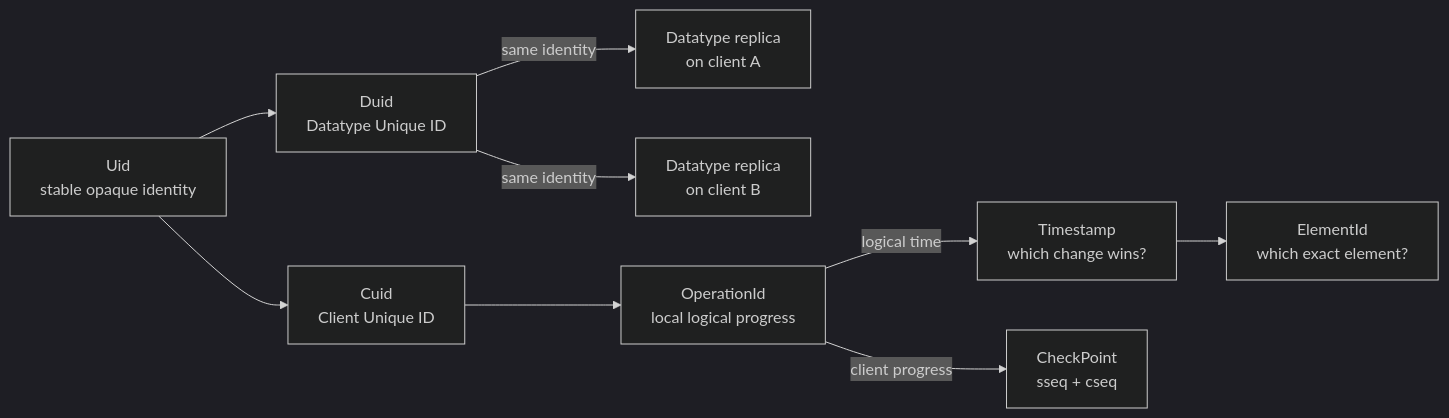
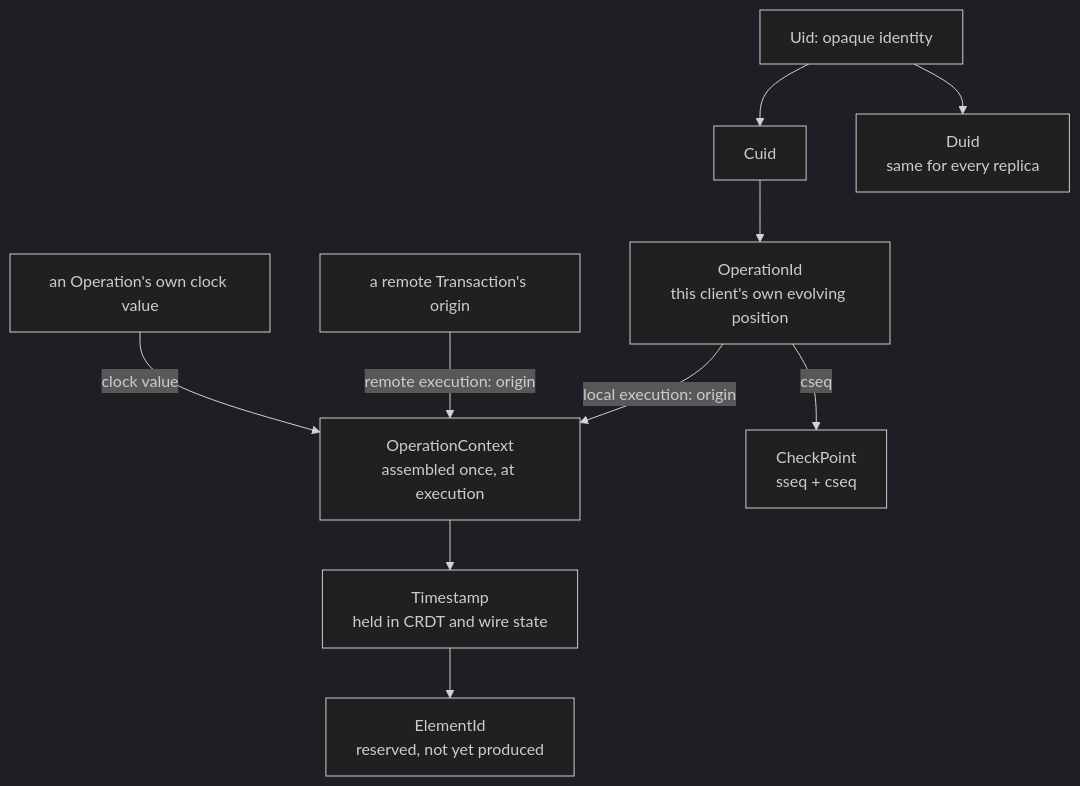
Before and after one commit to qortoo/qortoo-rs: the diagram in docs/core-types.md, drawn with Mermaid (dark theme). The commit also changed other lines of this file and 14 other files, not shown here.

````diff
--- a/docs/core-types.md
+++ b/docs/core-types.md
@@ -12,21 +26,23 @@
 ```mermaid
-flowchart LR
-    UID["Uid<br/>stable opaque identity"]
-    CUID["Cuid<br/>Client Unique ID"]
-    DUID["Duid<br/>Datatype Unique ID"]
-    RA["Datatype replica<br/>on client A"]
-    RB["Datatype replica<br/>on client B"]
-    OID["OperationId<br/>local logical progress"]
-    TS["Timestamp<br/>which change wins?"]
-    EID["ElementId<br/>which exact element?"]
+flowchart TD
+    UID["Uid: opaque identity"]
+    CUID["Cuid"]
+    DUID["Duid<br/>same for every replica"]
+    OID["OperationId<br/>this client's own evolving position"]
+    TX["a remote Transaction's origin"]
+    OP["an Operation's own clock value"]
+    CTX["OperationContext<br/>assembled once, at execution"]
+    TS["Timestamp<br/>held in CRDT and wire state"]
+    EID["ElementId<br/>reserved, not yet produced"]
     CP["CheckPoint<br/>sseq + cseq"]
 
     UID --> CUID
     UID --> DUID
-    DUID -->|same identity| RA
-    DUID -->|same identity| RB
     CUID --> OID
-    OID -->|logical time| TS
+    OID -->|local execution: origin| CTX
+    TX -->|remote execution: origin| CTX
+    OP -->|clock value| CTX
+    CTX --> TS
     TS --> EID
-    OID -->|client progress| CP
+    OID -->|cseq| CP
 ```
````
